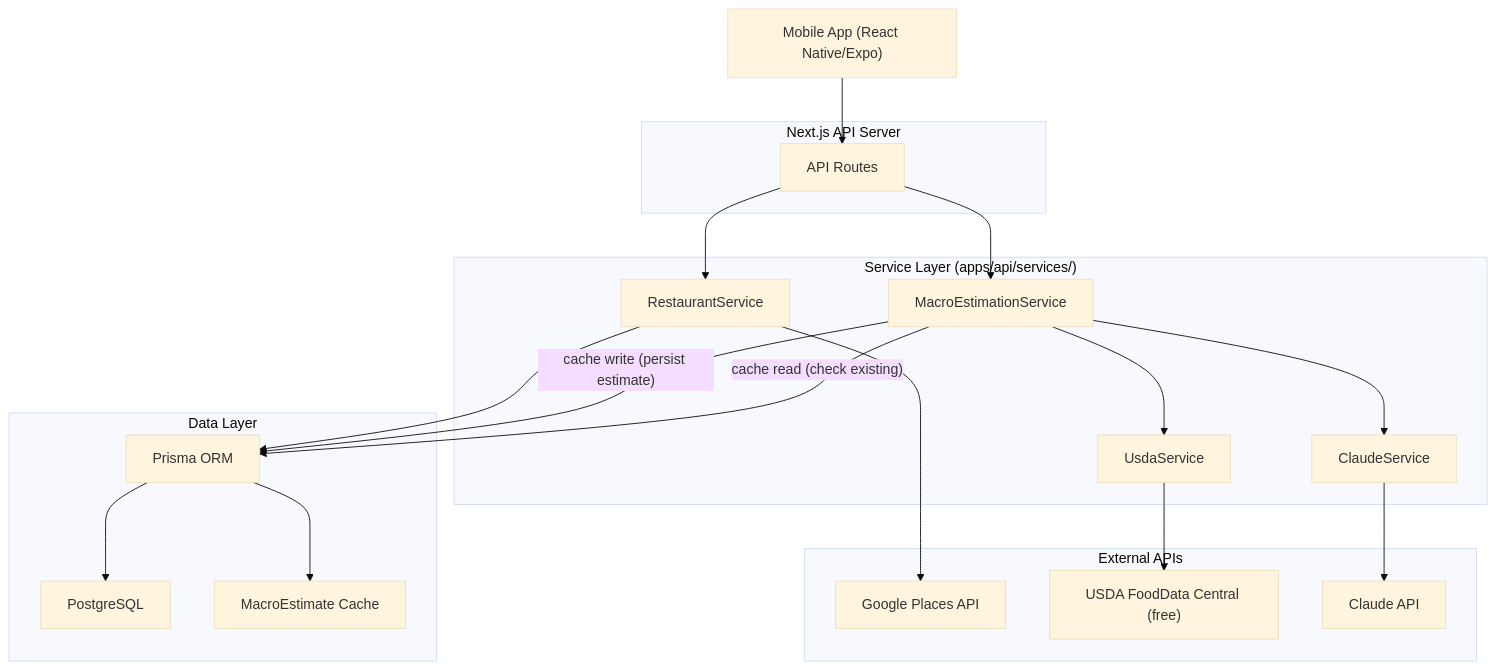
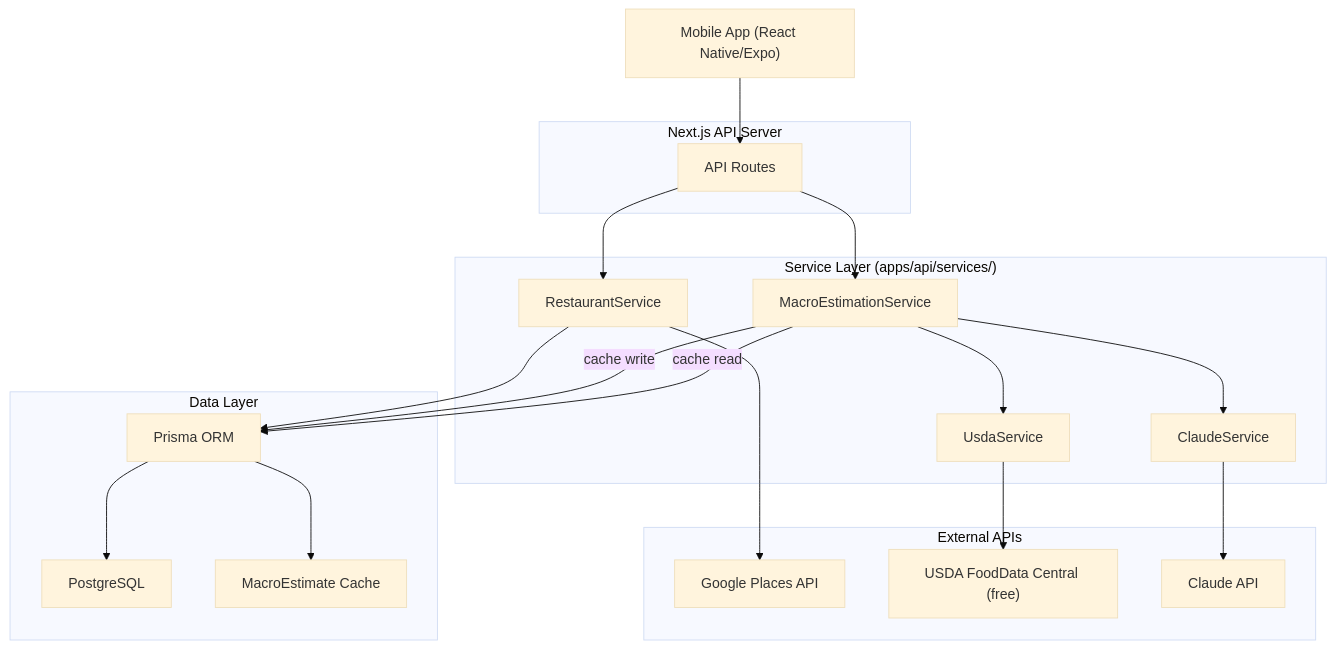
Before and after one commit to dgmolla/fitsy: the first of 4 diagrams in docs/engineering/backend/system-design.md, drawn with Mermaid (base theme). The commit also changed other lines of this file and 1 other file, not shown here.

First line of the commit message:
Add restaurant data retrieval flow, fix mermaid rendering

````diff
--- a/docs/engineering/backend/system-design.md
+++ b/docs/engineering/backend/system-design.md
@@ -16,44 +16,44 @@
 ```mermaid
 graph TD
     Client["Mobile App (React Native/Expo)"]
 
     subgraph "Next.js API Server"
         API["API Routes"]
     end
 
     subgraph "Service Layer (apps/api/services/)"
         RS["RestaurantService"]
         MS["MacroEstimationService"]
         US["UsdaService"]
         CS["ClaudeService"]
     end
 
     subgraph "External APIs"
         GP["Google Places API"]
         USDA["USDA FoodData Central (free)"]
         CL["Claude API"]
     end
 
     subgraph "Data Layer"
         Prisma["Prisma ORM"]
         PG["PostgreSQL"]
         MC["MacroEstimate Cache"]
     end
 
     Client --> API
     API --> RS
     API --> MS
 
     RS --> GP
     MS --> US
     MS --> CS
 
     US --> USDA
     CS --> CL
 
-    MS -- "cache read (check existing)" --> Prisma
-    MS -- "cache write (persist estimate)" --> Prisma
+    MS -- "cache read" --> Prisma
+    MS -- "cache write" --> Prisma
     RS --> Prisma
     Prisma --> PG
     Prisma --> MC
 ```
````
